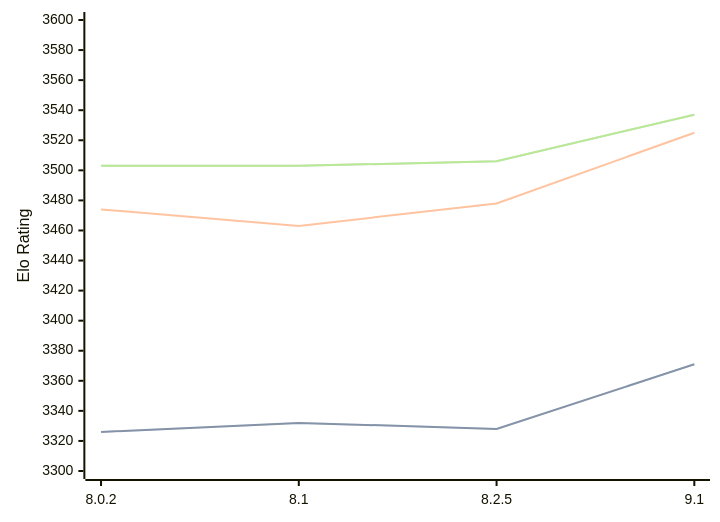
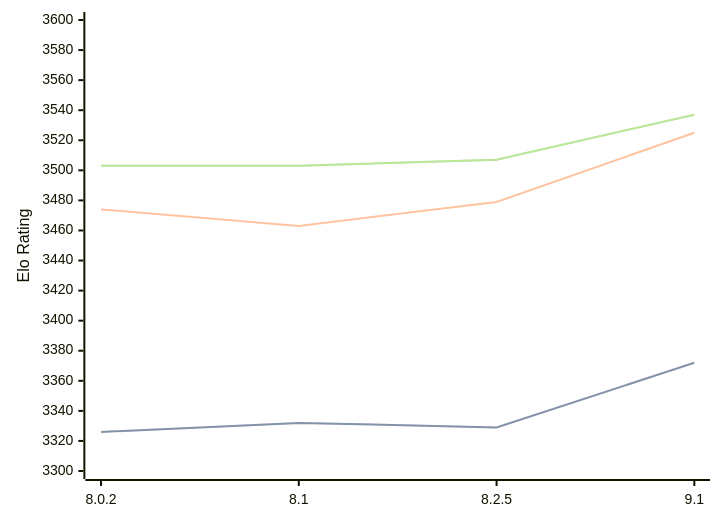
One commit to computer-chess-index/cci changed the diagram in engines/Clover.md. Above: the diagram before and after it, drawn with Mermaid. The commit also changed other lines of this file, not shown here.

Commit message:
Update CCI Ratings (ELO VLTC) - 2026-07-29

````diff
--- a/engines/Clover.md
+++ b/engines/Clover.md
@@ -64,11 +64,11 @@
 ```mermaid
 %%{init: {"theme":"base","themeVariables":{"seriesColors:['#a3a3a3','#222221','#faa371']}}}%%
 xychart-beta
   x-axis ["8.0.2", "8.1", "8.2.5", "9.1"]
   y-axis "Elo Rating" 3300 --> 3600
-  line "STC (8.0+0.08s)" [3326, 3332, 3328, 3371]
-  line "STC (8.0+0.08s)" [3326, 3332, 3328, 3371]
-  line "LTC (60.0+0.60s)" [3474, 3463, 3478, 3525]
-  line "VLTC (2m24s+1.12s)" [3503, 3503, 3506, 3537]
-  line "VLTC (2m24s+1.12s)" [3503, 3503, 3506, 3537]
+  line "STC (8.0+0.08s)" [3326, 3332, 3329, 3372]
+  line "STC (8.0+0.08s)" [3326, 3332, 3329, 3372]
+  line "LTC (60.0+0.60s)" [3474, 3463, 3479, 3525]
+  line "VLTC (2m24s+1.12s)" [3503, 3503, 3507, 3537]
+  line "VLTC (2m24s+1.12s)" [3503, 3503, 3507, 3537]
 ```
````
